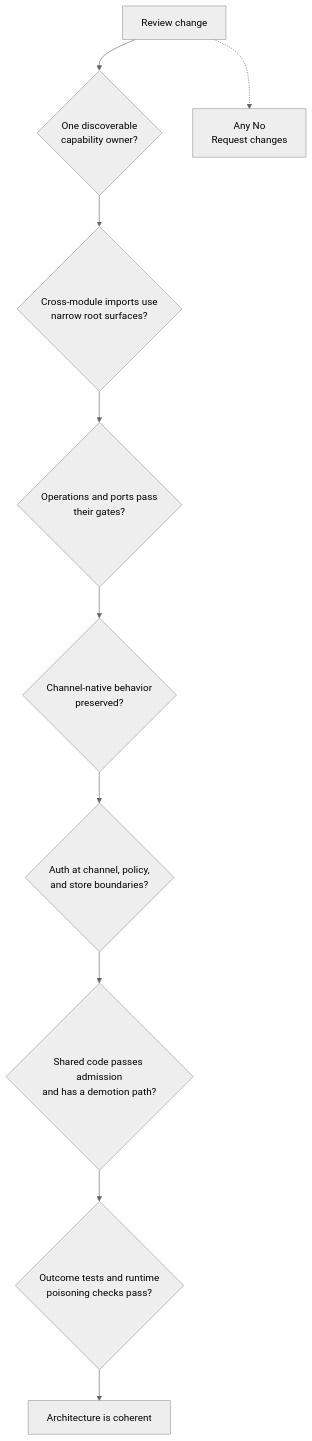
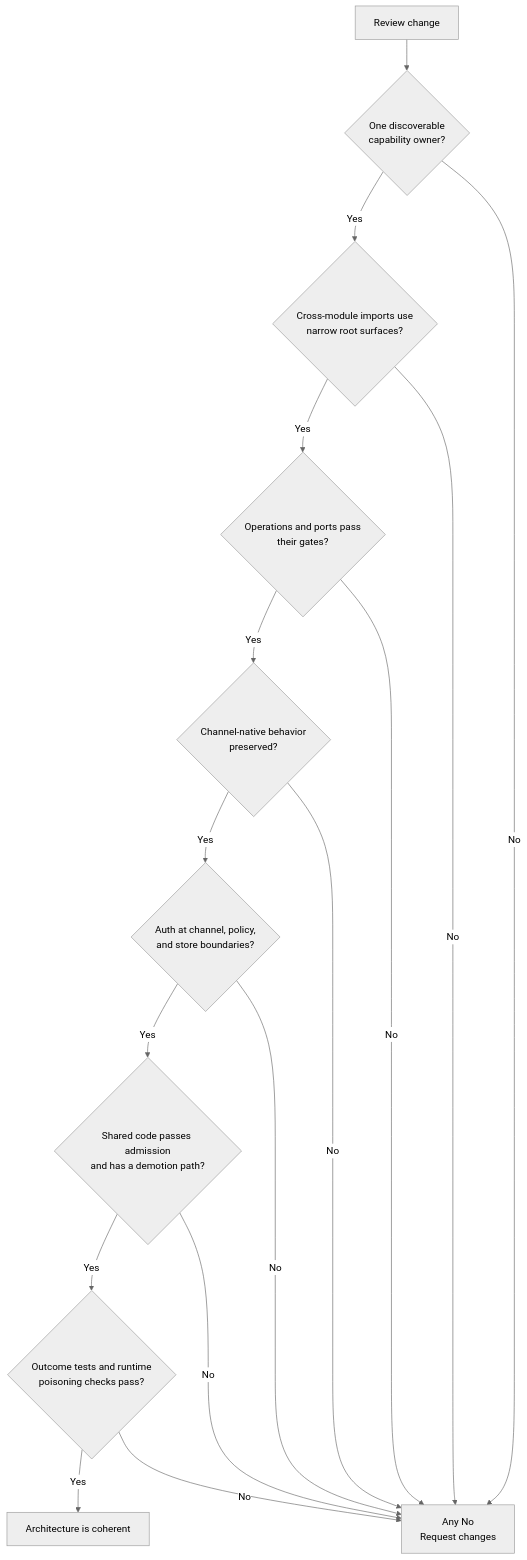
The seventh of 7 diagrams in docs/agent-decision-maps.md (clicktronix/nextjs-clean-skills), drawn with Mermaid (neutral theme) before and after one commit. The commit also changed 34 other files, not shown here.

````diff
--- a/docs/agent-decision-maps.md
+++ b/docs/agent-decision-maps.md
@@ -187,25 +187,31 @@
 ```mermaid
 flowchart TB
   accTitle: Review an architecture change
   accDescr: Review ownership, module boundaries, semantic depth, runtime behavior, trust, and verification in order.
   Start["Review change"]
   Owner{"One discoverable<br/>capability owner?"}
   Public{"Cross-module imports use<br/>narrow root surfaces?"}
   Depth{"Operations and ports pass<br/>their gates?"}
   Runtime{"Channel-native behavior<br/>preserved?"}
   Auth{"Auth at channel, policy,<br/>and store boundaries?"}
   Shared{"Shared code passes admission<br/>and has a demotion path?"}
   Tests{"Outcome tests and runtime<br/>poisoning checks pass?"}
   Accept["Architecture is coherent"]
   Block["Any No<br/>Request changes"]
 
   Start --> Owner
-  Owner --> Public
-  Public --> Depth
-  Depth --> Runtime
-  Runtime --> Auth
-  Auth --> Shared
-  Shared --> Tests
-  Tests --> Accept
-  Start -.-> Block
+  Owner -->|Yes| Public
+  Owner -->|No| Block
+  Public -->|Yes| Depth
+  Public -->|No| Block
+  Depth -->|Yes| Runtime
+  Depth -->|No| Block
+  Runtime -->|Yes| Auth
+  Runtime -->|No| Block
+  Auth -->|Yes| Shared
+  Auth -->|No| Block
+  Shared -->|Yes| Tests
+  Shared -->|No| Block
+  Tests -->|Yes| Accept
+  Tests -->|No| Block
 ```
````
